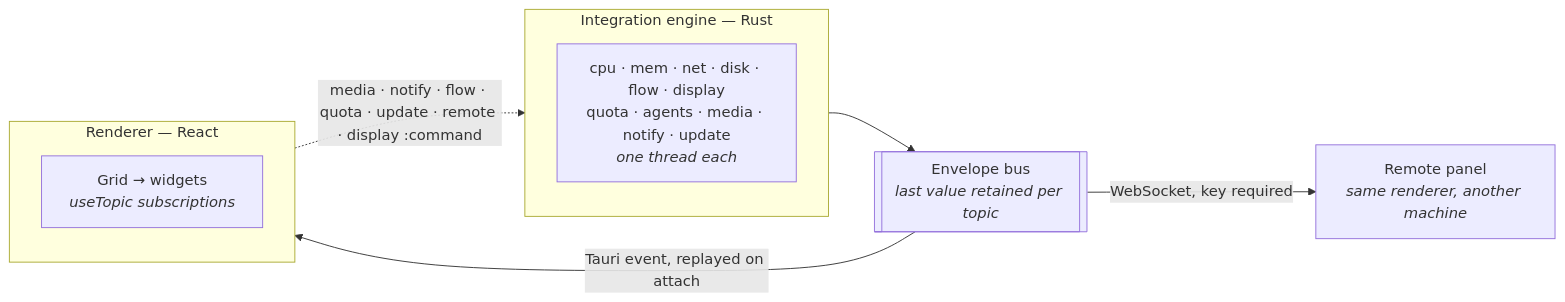
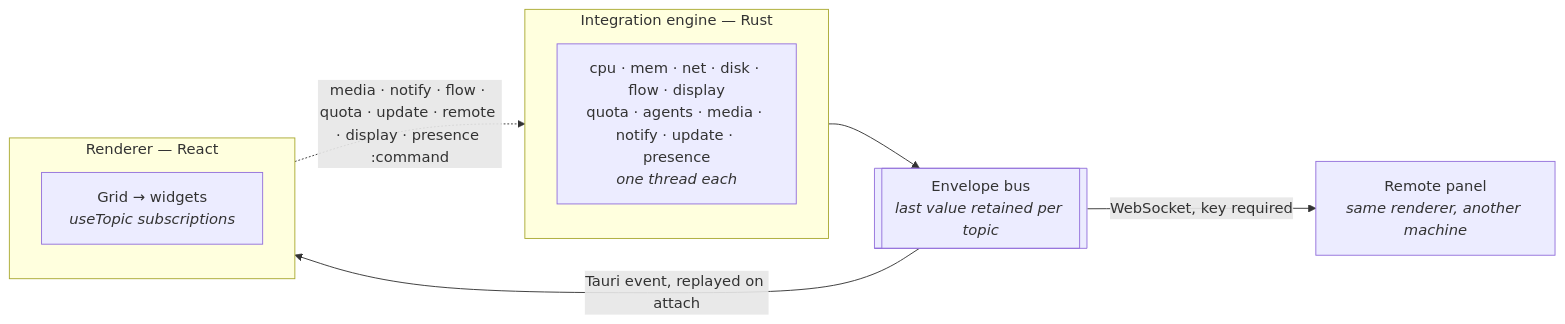
Before and after one commit to Purukitto/kehai: the diagram in README.md, drawn with Mermaid. The commit also changed other lines of this file and 18 other files, not shown here.

````diff
--- a/README.md
+++ b/README.md
@@ -302,19 +317,19 @@
 ```mermaid
 flowchart LR
     subgraph engine["Integration engine — Rust"]
         direction TB
-        P["cpu · mem · net · disk · flow · display<br/>quota · agents · media · notify · update<br/><i>one thread each</i>"]
+        P["cpu · mem · net · disk · flow · display<br/>quota · agents · media · notify · update · presence<br/><i>one thread each</i>"]
     end
 
     BUS[["Envelope bus<br/><i>last value retained per topic</i>"]]
 
     subgraph renderer["Renderer — React"]
         direction TB
         W["Grid → widgets<br/><i>useTopic subscriptions</i>"]
     end
 
     P --> BUS
     BUS -- "Tauri event, replayed on attach" --> W
-    W -. "media · notify · flow · quota · update · remote · display :command" .-> P
+    W -. "media · notify · flow · quota · update · remote · display · presence :command" .-> P
     BUS -- "WebSocket, key required" --> RP["Remote panel<br/><i>same renderer, another machine</i>"]
 ```
````
